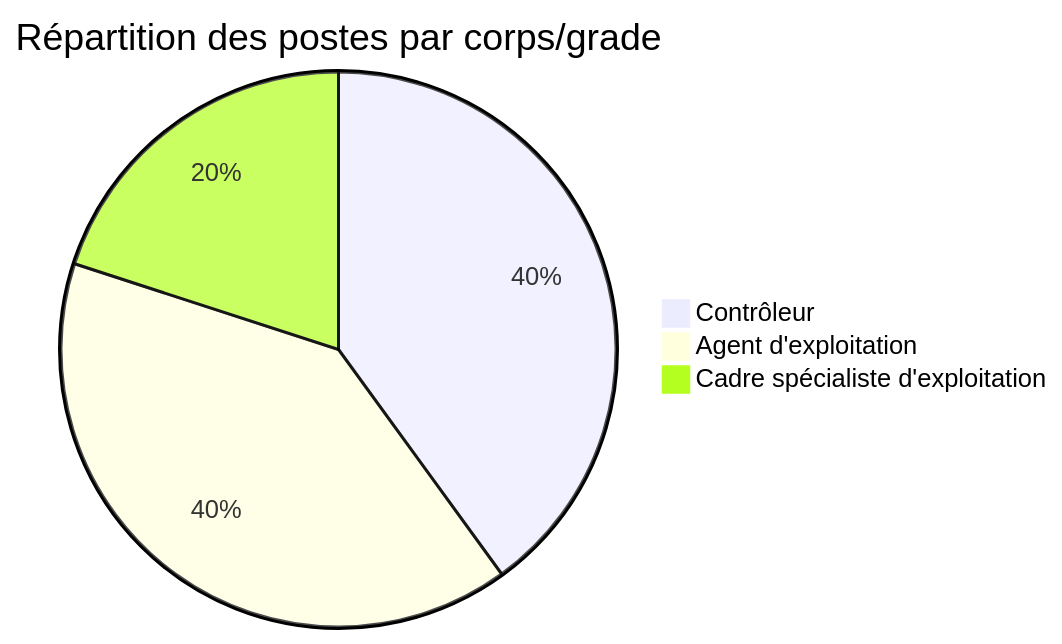
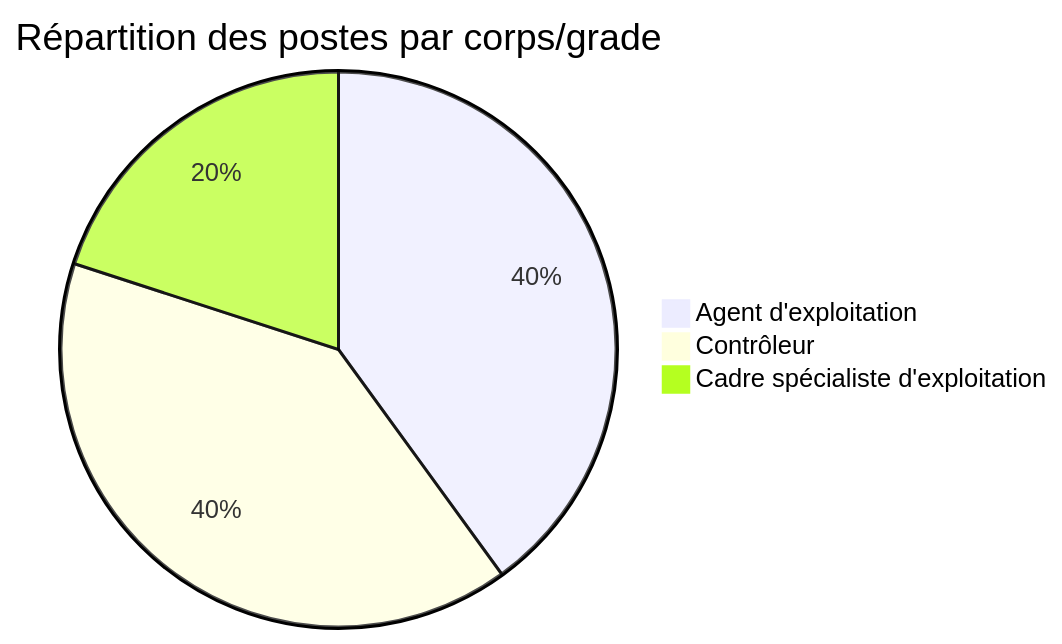
The diagram in data/index.md (opt-nc/odata-avps-drhfpnc), drawn with Mermaid before and after one commit. The commit also changed other lines of this file and 5 other files, not shown here.

````diff
--- a/data/index.md
+++ b/data/index.md
@@ -13,6 +13,6 @@
 ```mermaid
 pie title Répartition des postes par corps/grade
+    "Agent d'exploitation" : 2
     "Contrôleur" : 2
-    "Agent d'exploitation" : 2
     "Cadre spécialiste d'exploitation" : 1
 ```
````
